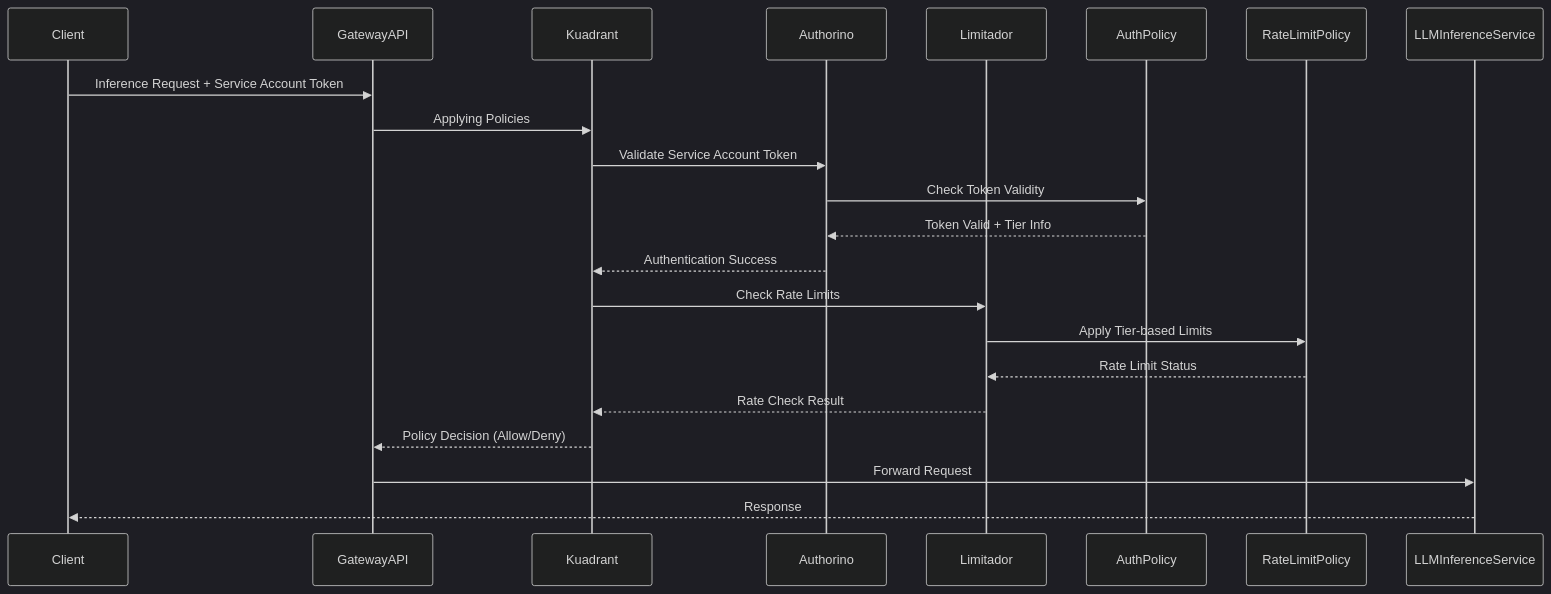
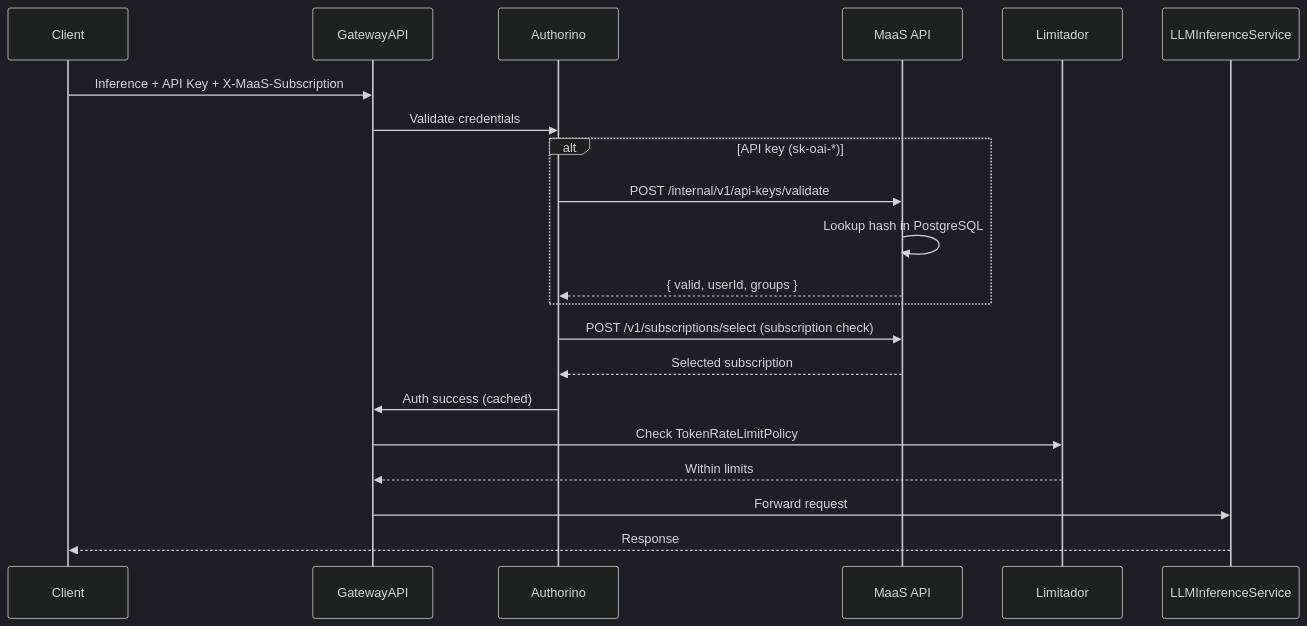
One commit to opendatahub-io/models-as-a-service changed the eighth of 8 diagrams in docs/content/architecture.md. Above: the diagram before and after it, drawn with Mermaid (dark theme). The commit also changed other lines of this file and 10 other files, not shown here.

````diff
--- a/docs/content/architecture.md
+++ b/docs/content/architecture.md
@@ -271,25 +322,27 @@
 ```mermaid
 sequenceDiagram
     participant Client
     participant GatewayAPI
-    participant Kuadrant
     participant Authorino
+    participant MaaS as MaaS API
     participant Limitador
-    participant AuthPolicy
-    participant RateLimitPolicy
     participant LLMInferenceService
     
-    Client->>GatewayAPI: Inference Request + Service Account Token
-    GatewayAPI->>Kuadrant: Applying Policies
-    Kuadrant->>Authorino: Validate Service Account Token
-    Authorino->>AuthPolicy: Check Token Validity
-    AuthPolicy-->>Authorino: Token Valid + Tier Info
-    Authorino-->>Kuadrant: Authentication Success
-    Kuadrant->>Limitador: Check Rate Limits
-    Limitador->>RateLimitPolicy: Apply Tier-based Limits
-    RateLimitPolicy-->>Limitador: Rate Limit Status
-    Limitador-->>Kuadrant: Rate Check Result
-    Kuadrant-->>GatewayAPI: Policy Decision (Allow/Deny)
-    GatewayAPI ->> LLMInferenceService: Forward Request
+    Client->>GatewayAPI: Inference + API Key + X-MaaS-Subscription
+    GatewayAPI->>Authorino: Validate credentials
+    
+    alt API key (sk-oai-*)
+        Authorino->>MaaS: POST /internal/v1/api-keys/validate
+        MaaS->>MaaS: Lookup hash in PostgreSQL
+        MaaS-->>Authorino: { valid, userId, groups }
+    end
+    
+    Authorino->>MaaS: POST /v1/subscriptions/select (subscription check)
+    MaaS-->>Authorino: Selected subscription
+    
+    Authorino->>GatewayAPI: Auth success (cached)
+    GatewayAPI->>Limitador: Check TokenRateLimitPolicy
+    Limitador-->>GatewayAPI: Within limits
+    GatewayAPI->>LLMInferenceService: Forward request
     LLMInferenceService-->>Client: Response
 ```
````
